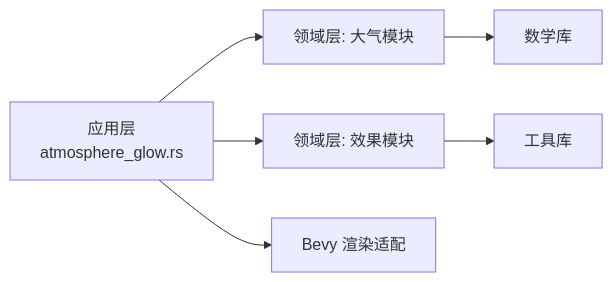
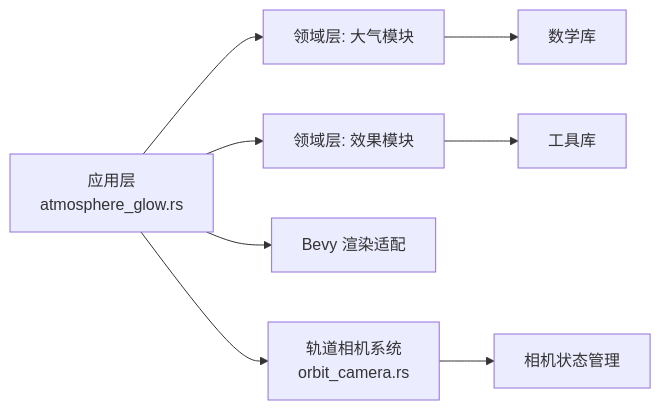
The fourth of 4 diagrams in .qoder/repowiki/zh/content/项目概述/核心特性/3D渲染引擎/特效与后处理系统/大气辉光效果.md (rzhangjing/cesium), drawn with Mermaid before and after one commit. The commit also changed other lines of this file and 7 other files, not shown here.

````diff
--- a/.qoder/repowiki/zh/content/项目概述/核心特性/3D渲染引擎/特效与后处理系统/大气辉光效果.md
+++ b/.qoder/repowiki/zh/content/项目概述/核心特性/3D渲染引擎/特效与后处理系统/大气辉光效果.md
@@ -151,8 +229,10 @@
 ```mermaid
 graph LR
 App["应用层<br/>atmosphere_glow.rs"] --> DomainAtmo["领域层: 大气模块"]
 App --> DomainFX["领域层: 效果模块"]
 App --> Adapter["Bevy 渲染适配"]
+App --> Orbit["轨道相机系统<br/>orbit_camera.rs"]
 DomainAtmo --> Math["数学库"]
 DomainFX --> Utils["工具库"]
+Orbit --> State["相机状态管理"]
 ```
````
